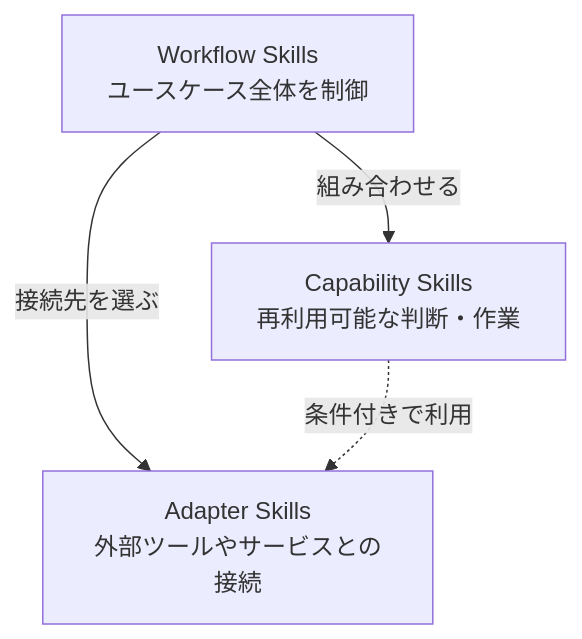
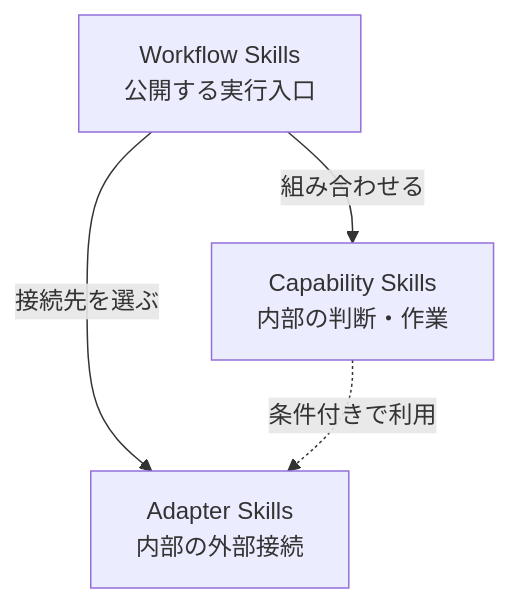
One commit to tikuwabuoden/skill-architecture changed the diagram in ARCHITECTURE.md. Above: the diagram before and after it, drawn with Mermaid. The commit also changed other lines of this file and 6 other files, not shown here.

````diff
--- a/ARCHITECTURE.md
+++ b/ARCHITECTURE.md
@@ -5,10 +5,10 @@
 ```mermaid
 flowchart TB
-    W[Workflow Skills<br/>ユースケース全体を制御]
-    C[Capability Skills<br/>再利用可能な判断・作業]
-    A[Adapter Skills<br/>外部ツールやサービスとの接続]
+    W[Workflow Skills<br/>公開する実行入口]
+    C[Capability Skills<br/>内部の判断・作業]
+    A[Adapter Skills<br/>内部の外部接続]
 
     W -->|組み合わせる| C
     W -->|接続先を選ぶ| A
     C -.->|条件付きで利用| A
 ```
````
